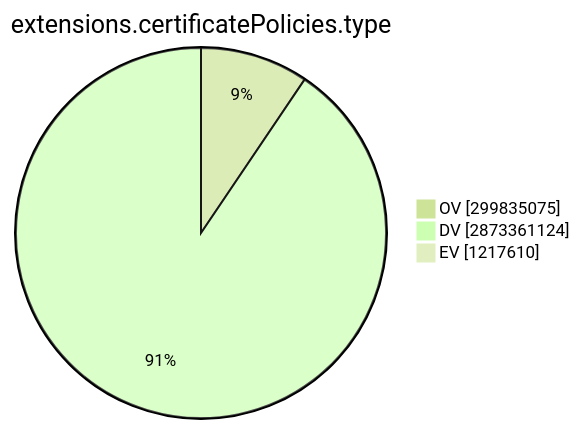
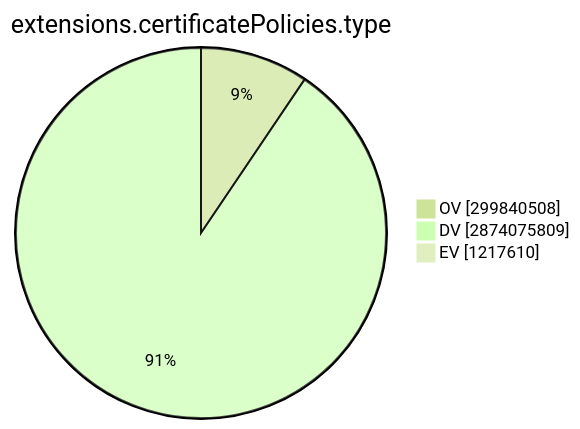
One commit to christiankrug/ctmonitor_visualization changed the ninth of 15 diagrams in TOTAL/README.md. Above: the diagram before and after it, drawn with Mermaid (forest theme). The commit also changed other lines of this file, not shown here.

````diff
--- a/TOTAL/README.md
+++ b/TOTAL/README.md
@@ -3101,7 +3101,7 @@
 ```mermaid
 pie showData
 title extensions.certificatePolicies.type
-"OV" :299835075
-"DV" :2873361124
+"OV" :299840508
+"DV" :2874075809
 "EV" :1217610
 ```
````
